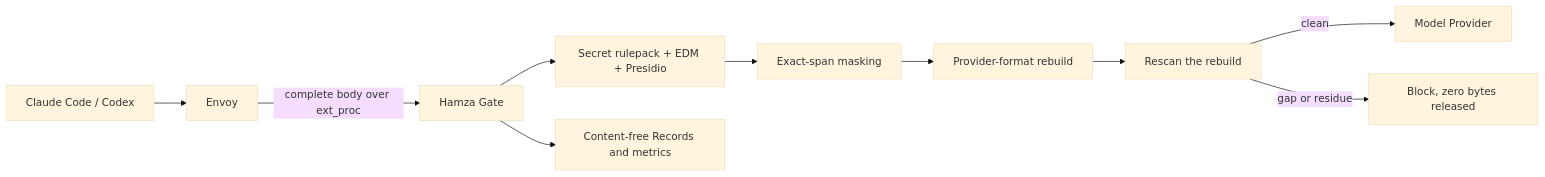
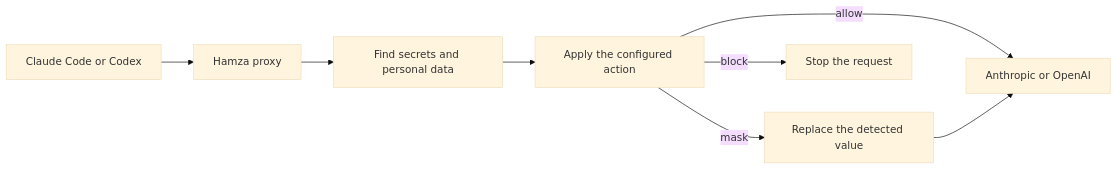
One commit to softcane/hamza changed the diagram in README.md. Above: the diagram before and after it, drawn with Mermaid (base theme). The commit also changed other lines of this file and 10 other files, not shown here.

````diff
--- a/README.md
+++ b/README.md
@@ -82,12 +47,10 @@
 ```mermaid
 flowchart LR
-    A["Claude Code / Codex"] --> E["Envoy"]
-    E -->|"complete body over ext_proc"| G["Hamza Gate"]
-    G --> D["Secret rulepack + EDM + Presidio"]
-    D --> M["Exact-span masking"]
-    M --> R["Provider-format rebuild"]
-    R --> F["Rescan the rebuild"]
-    F -->|"clean"| P["Model Provider"]
-    F -->|"gap or residue"| B["Block, zero bytes released"]
-    G --> C["Content-free Records and metrics"]
+    A["Claude Code or Codex"] --> B["Hamza proxy"]
+    B --> C["Find secrets and personal data"]
+    C --> D["Apply the configured action"]
+    D -->|"mask"| E["Replace the detected value"]
+    D -->|"allow"| F["Anthropic or OpenAI"]
+    D -->|"block"| G["Stop the request"]
+    E --> F
 ```
````
